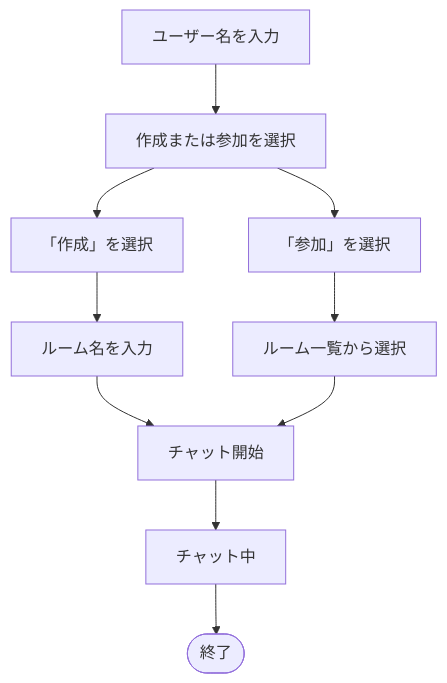
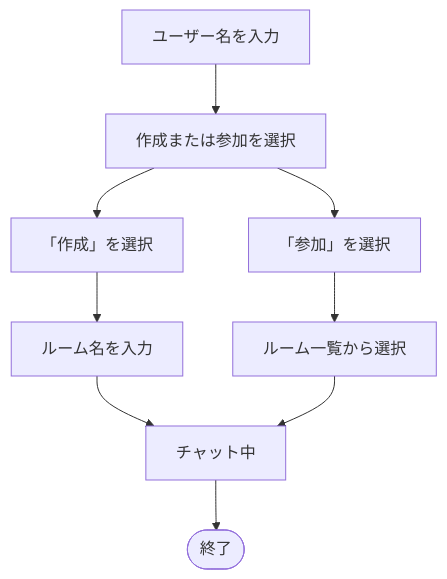
One commit to BackendExplorer/Tenshin changed the first of 3 diagrams in README.md. Above: the diagram before and after it, drawn with Mermaid.

````diff
--- a/README.md
+++ b/README.md
@@ -1,23 +1,22 @@
 ```mermaid
 flowchart TD
     入力[ユーザー名を入力]
     選択[作成または参加を選択]
 
     作成1[「作成」を選択]
     ルーム名入力[ルーム名を入力]
 
     参加2[「参加」を選択]
     ルーム一覧[ルーム一覧から選択]
 
-    チャット開始[チャット開始]
     チャット中[チャット中]
     End([終了])
 
     入力 --> 選択
 
-    選択 --> 作成1 --> ルーム名入力 --> チャット開始
-    選択 --> 参加2 --> ルーム一覧 --> チャット開始
+    選択 --> 作成1 --> ルーム名入力 --> チャット中
+    選択 --> 参加2 --> ルーム一覧 --> チャット中
 
-    チャット開始 --> チャット中 --> End
+    チャット中 --> End
 
 ```
````
